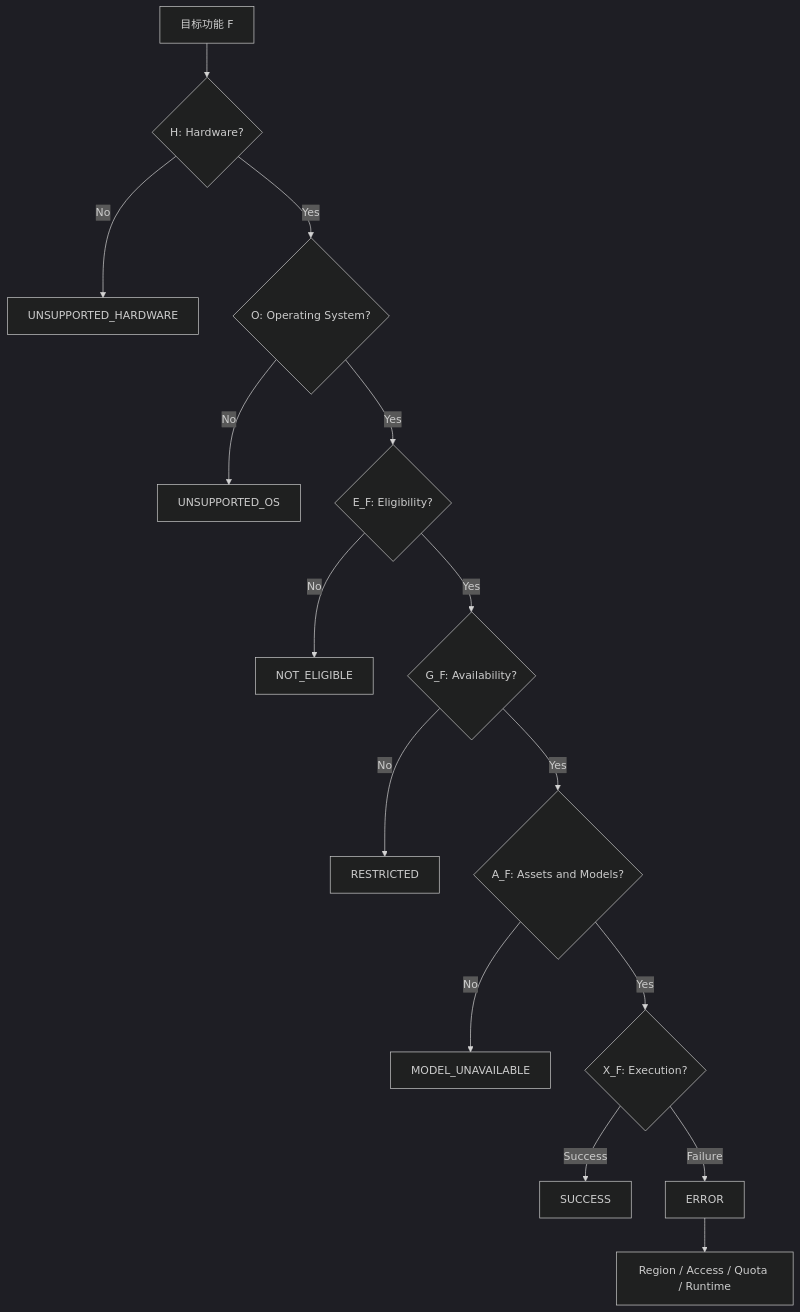
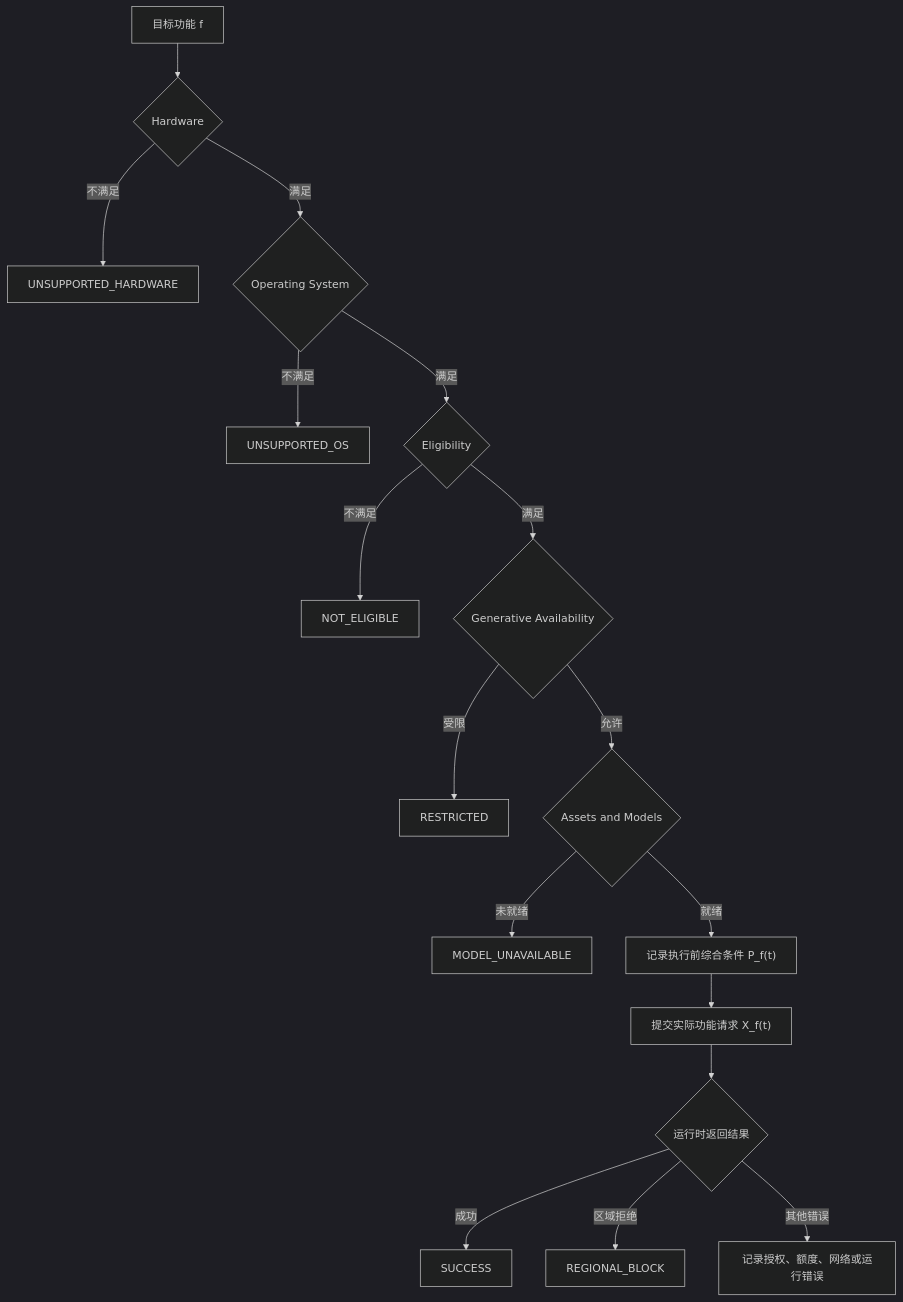
One commit to Rainbow-SPY/AppleIntelligenceResearchReport changed the fifth of 10 diagrams in README.md. Above: the diagram before and after it, drawn with Mermaid (dark theme). The commit also changed other lines of this file, not shown here.

````diff
--- a/README.md
+++ b/README.md
@@ -789,22 +848,23 @@
 ```mermaid
 flowchart TD
-    A["目标功能 F"] --> H{"H: Hardware?"}
-    H -->|No| H0["UNSUPPORTED_HARDWARE"]
-    H -->|Yes| O{"O: Operating System?"}
+    A["目标功能 f"] --> H{"Hardware"}
+    H -->|不满足| H0["UNSUPPORTED_HARDWARE"]
+    H -->|满足| O{"Operating System"}
 
-    O -->|No| O0["UNSUPPORTED_OS"]
-    O -->|Yes| E{"E_F: Eligibility?"}
+    O -->|不满足| O0["UNSUPPORTED_OS"]
+    O -->|满足| E{"Eligibility"}
 
-    E -->|No| E0["NOT_ELIGIBLE"]
-    E -->|Yes| G{"G_F: Availability?"}
+    E -->|不满足| E0["NOT_ELIGIBLE"]
+    E -->|满足| G{"Generative Availability"}
 
-    G -->|No| G0["RESTRICTED"]
-    G -->|Yes| M{"A_F: Assets and Models?"}
+    G -->|受限| G0["RESTRICTED"]
+    G -->|允许| M{"Assets and Models"}
 
-    M -->|No| M0["MODEL_UNAVAILABLE"]
-    M -->|Yes| X{"X_F: Execution?"}
-
-    X -->|Success| S["SUCCESS"]
-    X -->|Failure| F1["ERROR"]
-    F1 --> F2["Region / Access / Quota / Runtime"]
+    M -->|未就绪| M0["MODEL_UNAVAILABLE"]
+    M -->|就绪| P["记录执行前综合条件 P_f(t)"]
+    P --> X["提交实际功能请求 X_f(t)"]
+    X --> R{"运行时返回结果"}
+    R -->|成功| S["SUCCESS"]
+    R -->|区域拒绝| RB["REGIONAL_BLOCK"]
+    R -->|其他错误| ER["记录授权、额度、网络或运行错误"]
 ```
````
